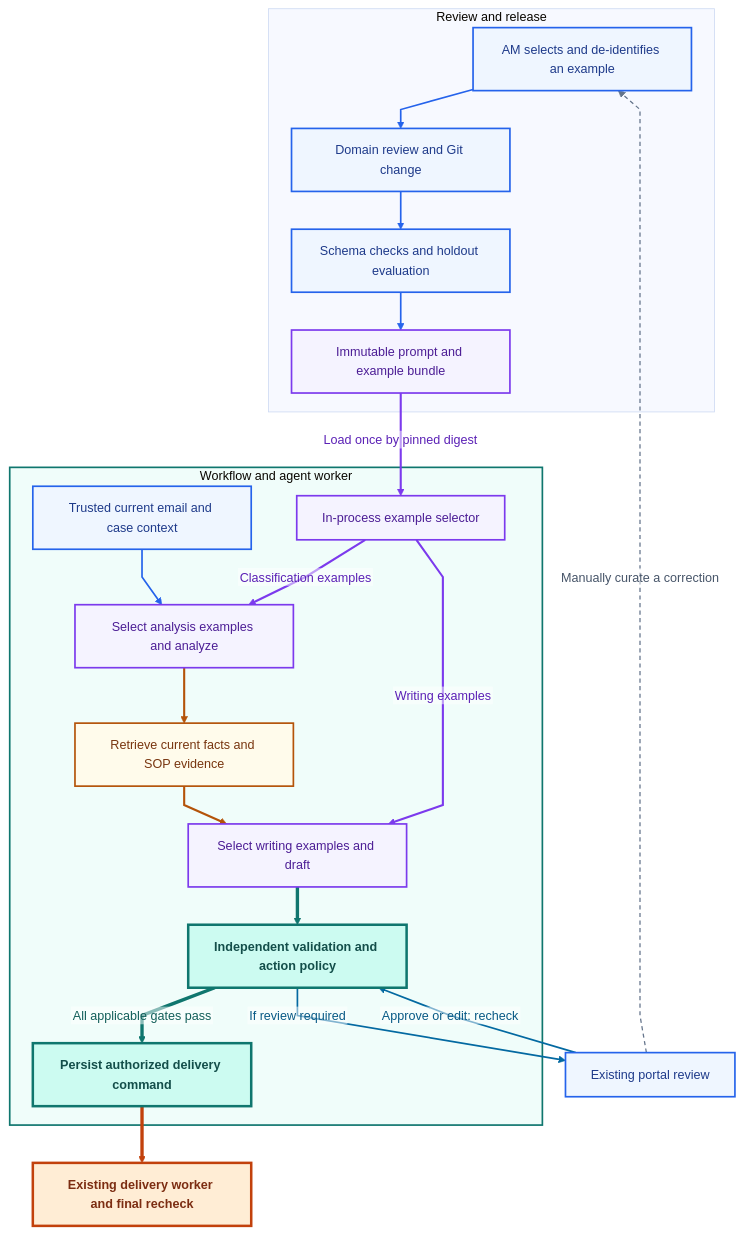
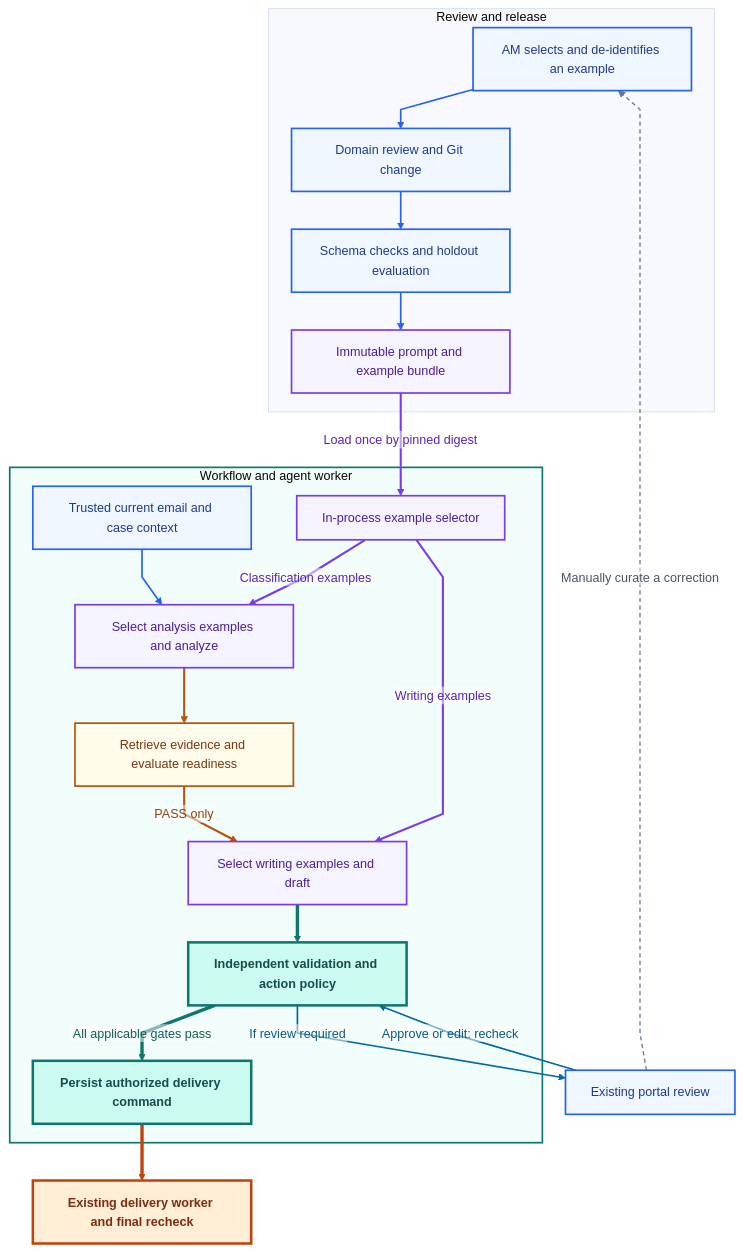
The third of 3 diagrams in openspec/changes/establish-aam-platform/design.md (realAaronWu/aam), drawn with Mermaid before and after one commit. The commit also changed other lines of this file and 14 other files, not shown here.

Commit message:
Design dynamic SOP agents, scoped connections and readiness gates

````diff
--- a/openspec/changes/establish-aam-platform/design.md
+++ b/openspec/changes/establish-aam-platform/design.md
@@ -242,56 +308,56 @@
 ```mermaid
 %%{init: {"theme": "base", "themeVariables": {"fontFamily": "Arial, sans-serif", "fontSize": "15px", "primaryTextColor": "#172033", "edgeLabelBackground": "#ffffff"}, "flowchart": {"htmlLabels": false, "curve": "linear", "nodeSpacing": 35, "rankSpacing": 45}}}%%
 flowchart TB
   subgraph RELEASE[Review and release]
     AM[AM selects and de-identifies an example]
     REVIEW[Domain review and Git change]
     CI[Schema checks and holdout evaluation]
     BUNDLE[Immutable prompt and example bundle]
   end
   subgraph WORKER[Workflow and agent worker]
     SELECT[In-process example selector]
     CTX[Trusted current email and case context]
     ANALYZE[Select analysis examples and analyze]
-    KNOW[Retrieve current facts and SOP evidence]
+    KNOW[Retrieve evidence and evaluate readiness]
     WRITE[Select writing examples and draft]
     CHECK[Independent validation and action policy]
     COMMAND[Persist authorized delivery command]
   end
   HUMAN[Existing portal review]
   DELIVERY[Existing delivery worker and final recheck]
   AM --> REVIEW
   REVIEW --> CI
   CI --> BUNDLE
   CTX --> ANALYZE
   ANALYZE --> KNOW
-  KNOW --> WRITE
+  KNOW -->|PASS only| WRITE
   WRITE --> CHECK
   CHECK -->|If review required| HUMAN
   HUMAN -->|Approve or edit: recheck| CHECK
   CHECK -->|All applicable gates pass| COMMAND
   BUNDLE -->|Load once by pinned digest| SELECT
   SELECT -->|Classification examples| ANALYZE
   SELECT -->|Writing examples| WRITE
   COMMAND --> DELIVERY
   HUMAN -.->|Manually curate a correction| AM
 
   classDef default fill:#f8fafc,stroke:#94a3b8,color:#172033,stroke-width:1.5px
   classDef content fill:#eff6ff,stroke:#2563eb,color:#1e3a8a,stroke-width:2px
   classDef examples fill:#f5f3ff,stroke:#7c3aed,color:#4c1d95,stroke-width:2px
   classDef evidence fill:#fffbeb,stroke:#b45309,color:#78350f,stroke-width:2px
   classDef core fill:#ccfbf1,stroke:#0f766e,color:#134e4a,stroke-width:3px,font-weight:bold
   classDef delivery fill:#ffedd5,stroke:#c2410c,color:#7c2d12,stroke-width:3px,font-weight:bold
   class AM,REVIEW,CI,CTX,HUMAN content
   class BUNDLE,SELECT,ANALYZE,WRITE examples
   class KNOW evidence
   class CHECK,COMMAND core
   class DELIVERY delivery
   style WORKER fill:#f0fdfa,stroke:#0f766e,stroke-width:2px
   linkStyle 0,1,2,3 stroke:#2563eb,stroke-width:2px,color:#1e40af
   linkStyle 4,5 stroke:#b45309,stroke-width:2.5px,color:#92400e
   linkStyle 6,9 stroke:#0f766e,stroke-width:4px,color:#115e59
   linkStyle 7,8 stroke:#0369a1,stroke-width:2px,color:#075985
   linkStyle 10,11,12 stroke:#7c3aed,stroke-width:2.5px,color:#5b21b6
   linkStyle 13 stroke:#c2410c,stroke-width:4px,color:#9a3412
   linkStyle 14 stroke:#64748b,stroke-width:1.5px,stroke-dasharray:5 4,color:#475569
 ```
````
